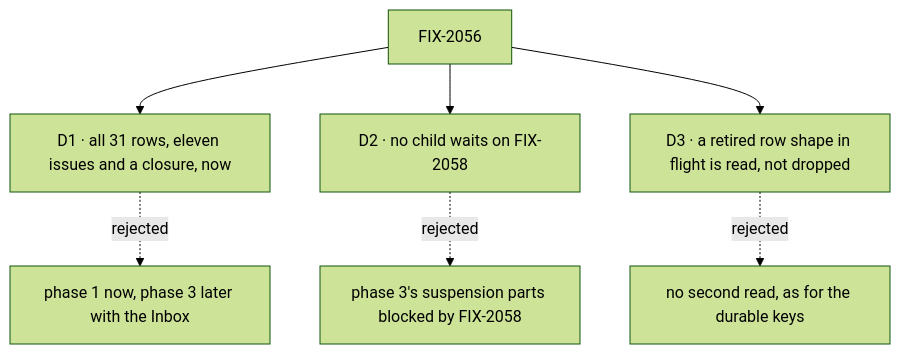
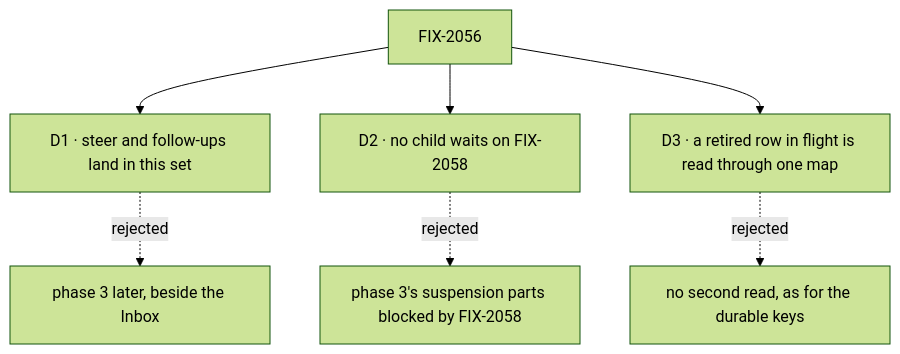
The diagram in specs/epics/FIX-2056/DECISIONS.md (fixpoint-labs/flow-state-dev), drawn with Mermaid (forest theme) before and after one commit. The commit also changed other lines of this file and 8 other files, not shown here.

````diff
--- a/specs/epics/FIX-2056/DECISIONS.md
+++ b/specs/epics/FIX-2056/DECISIONS.md
@@ -12,9 +11,9 @@
 ```mermaid
 flowchart TD
-  E["FIX-2056"] --> D1["D1 · all 31 rows, eleven issues and a closure, now"]
-  D1 -.->|"rejected"| X1["phase 1 now, phase 3 later with the Inbox"]
+  E["FIX-2056"] --> D1["D1 · steer and follow-ups land in this set"]
+  D1 -.->|"rejected"| X1["phase 3 later, beside the Inbox"]
   E --> D2["D2 · no child waits on FIX-2058"]
   D2 -.->|"rejected"| X2["phase 3's suspension parts blocked by FIX-2058"]
-  E --> D3["D3 · a retired row shape in flight is read, not dropped"]
+  E --> D3["D3 · a retired row in flight is read through one map"]
   D3 -.->|"rejected"| X3["no second read, as for the durable keys"]
 ```
````
